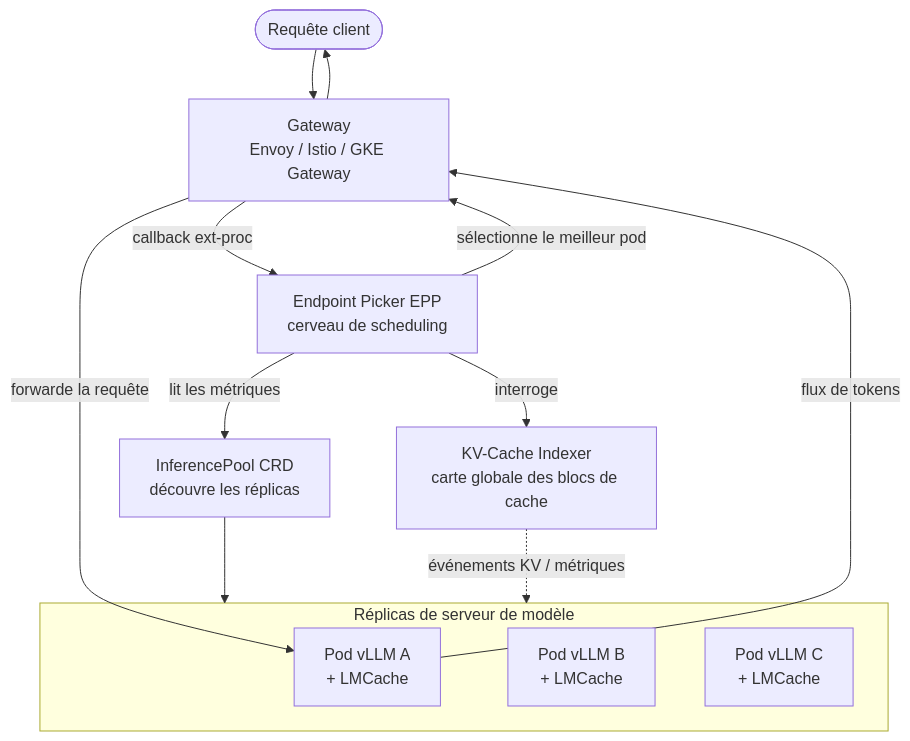
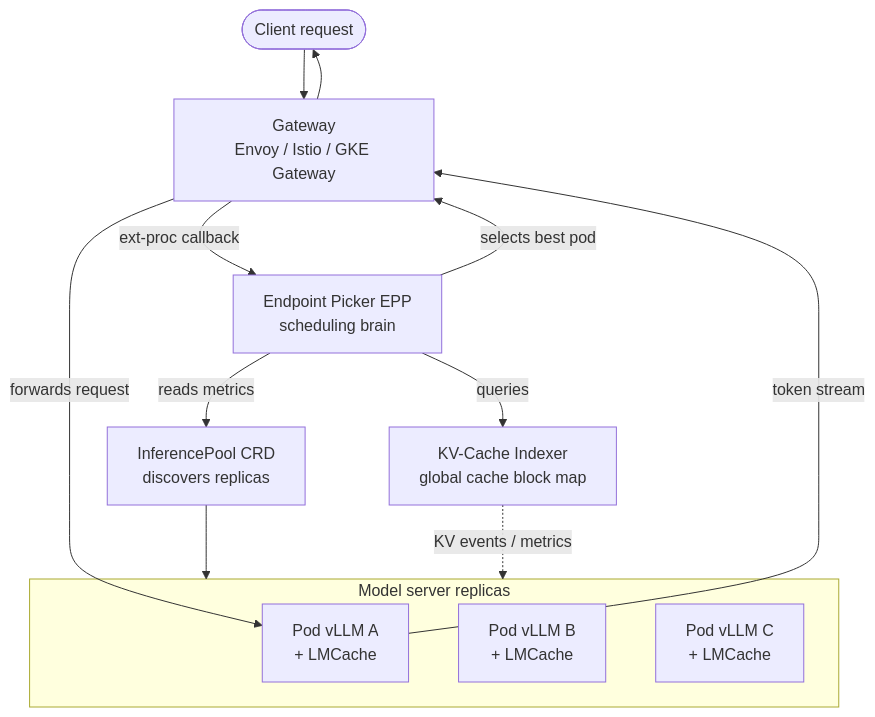
One commit to ADORSYS-GIS/Custom-Ai-Ops changed the fourth of 26 diagrams in docs/explain/llm-d.md. Above: the diagram before and after it, drawn with Mermaid. The commit also changed other lines of this file, not shown here.

````diff
--- a/docs/explain/llm-d.md
+++ b/docs/explain/llm-d.md
@@ -159,20 +159,20 @@
 ```mermaid
 flowchart TB
-    Client([Requête client]) --> GW[Gateway<br/>Envoy / Istio / GKE Gateway]
-    GW -->|callback ext-proc| EPP[Endpoint Picker EPP<br/>cerveau de scheduling]
-    EPP -->|interroge| Indexer[KV-Cache Indexer<br/>carte globale des blocs de cache]
-    EPP -->|lit les métriques| Pool[InferencePool CRD<br/>découvre les réplicas]
+    Client([Client request]) --> GW[Gateway<br/>Envoy / Istio / GKE Gateway]
+    GW -->|ext-proc callback| EPP[Endpoint Picker EPP<br/>scheduling brain]
+    EPP -->|queries| Indexer[KV-Cache Indexer<br/>global cache block map]
+    EPP -->|reads metrics| Pool[InferencePool CRD<br/>discovers replicas]
 
-    subgraph Pool_Members["Réplicas de serveur de modèle"]
+    subgraph Pool_Members["Model server replicas"]
         V1[Pod vLLM A<br/>+ LMCache]
         V2[Pod vLLM B<br/>+ LMCache]
         V3[Pod vLLM C<br/>+ LMCache]
     end
 
     Pool --> Pool_Members
-    Indexer -.événements KV / métriques.-> Pool_Members
-    EPP -->|sélectionne le meilleur pod| GW
-    GW -->|forwarde la requête| V1
-    V1 -->|flux de tokens| GW
+    Indexer -.KV events / metrics.-> Pool_Members
+    EPP -->|selects best pod| GW
+    GW -->|forwards request| V1
+    V1 -->|token stream| GW
     GW --> Client
 ```
````
